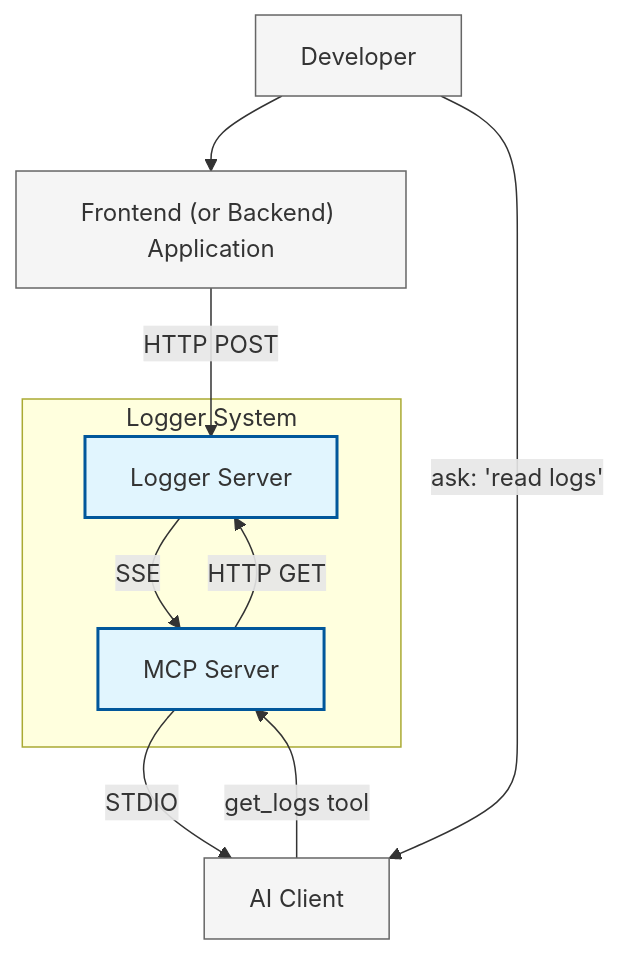
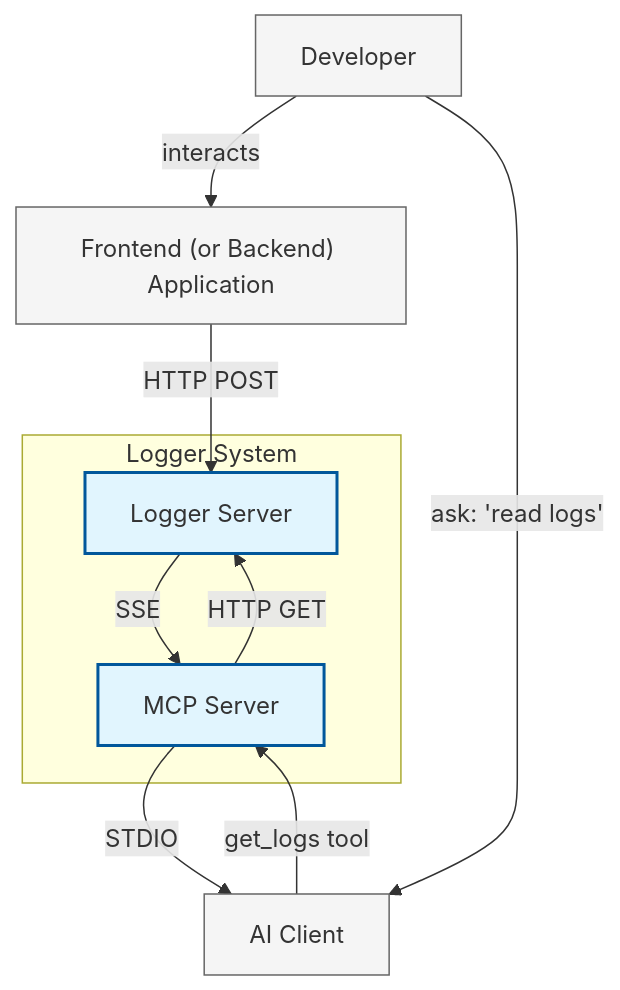
The first of 2 diagrams in README.md (andkirby/mcp-logger), drawn with Mermaid before and after one commit.

Commit message:
Update interaction arrow in README diagram

````diff
--- a/README.md
+++ b/README.md
@@ -101,26 +101,26 @@
 ```mermaid
 graph TB
     subgraph "Logger System"
         LS["Logger Server"]
         MS["MCP Server"]
     end
 
     user["Developer"]
     frontend["Frontend (or Backend) Application"]
     claude["AI Client"]
 
-    user --> frontend
+    user --> |"interacts"| frontend
     frontend -->|"HTTP POST"| LS
     LS -->|"SSE"| MS
     MS -->|"STDIO"| claude
 
     user -->|"ask: 'read logs'"| claude
     claude -->|"get_logs tool"| MS
     MS -->|"HTTP GET"| LS
 
     classDef system fill:#e1f5fe,stroke:#01579b,stroke-width:2px
     classDef external fill:#f5f5f5,stroke:#666,stroke-width:1px
 
     class LS,MS system
     class user,frontend,claude external
 ```
````
